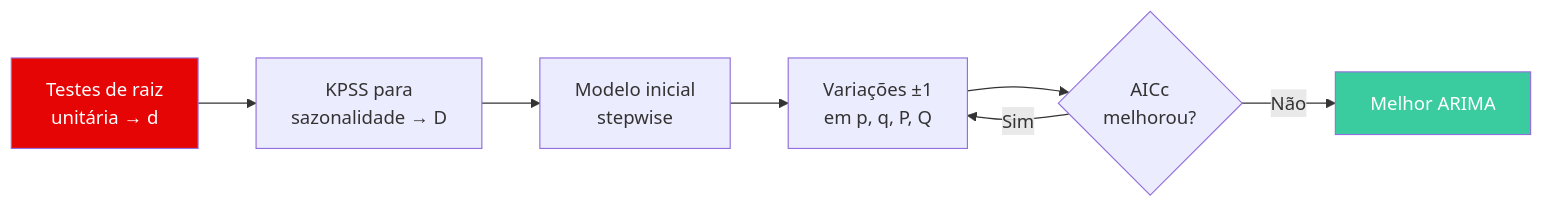
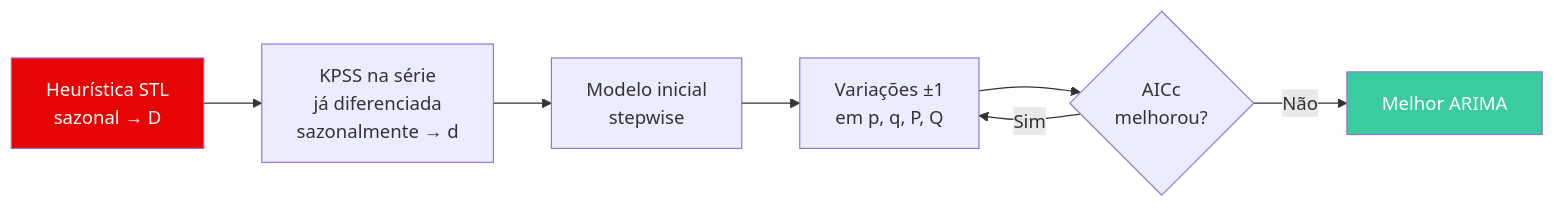
Before and after one commit to padsInsper/202632-fa: the second of 2 diagrams in aulas/aula02-arima.qmd, drawn with Mermaid. The commit also changed other lines of this file, not shown here.

First line of the commit message:
docs(arima): explica ordem nsdiffs -> ndiffs e heuristica sazonal no AutoARIMA

````diff
--- a/aulas/aula02-arima.qmd
+++ b/aulas/aula02-arima.qmd
@@ -501,12 +501,12 @@
 ```{mermaid}
 flowchart LR
-    A["Testes de raiz<br/>unitária → d"] --> B["KPSS para<br/>sazonalidade → D"]
+    A["Heurística STL<br/>sazonal → D"] --> B["KPSS na série<br/>já diferenciada<br/>sazonalmente → d"]
     B --> C["Modelo inicial<br/>stepwise"]
     C --> D["Variações ±1<br/>em p, q, P, Q"]
     D --> E{AICc<br/>melhorou?}
     E -->|Sim| D
     E -->|Não| F["Melhor ARIMA"]
 
     style A fill:#E50505,color:#fff
     style F fill:#3ACC9F,color:#fff
 ```
````
